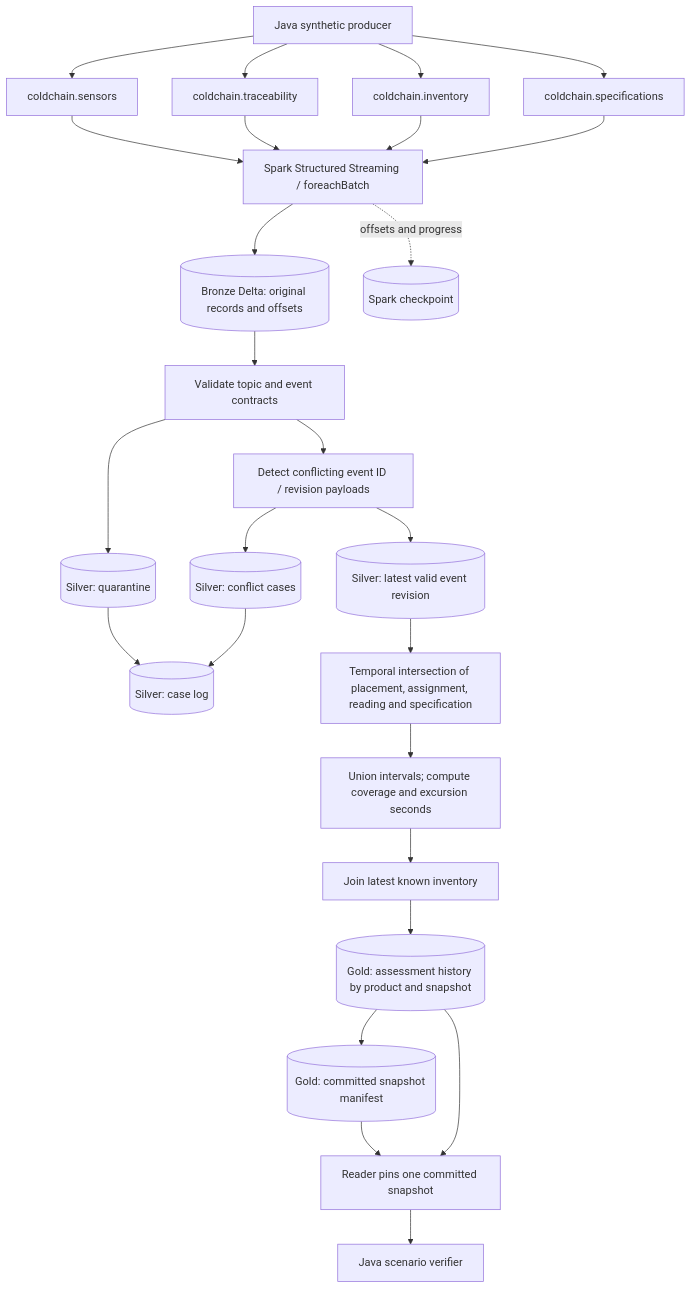
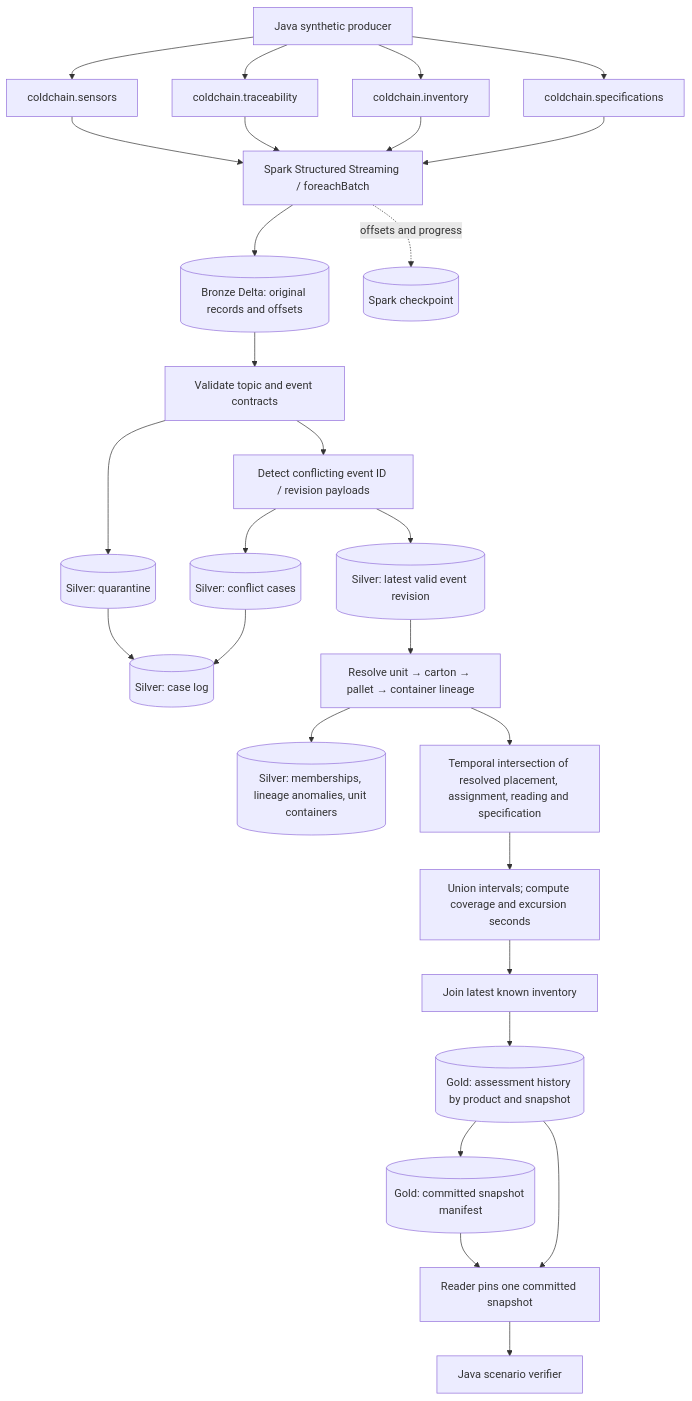
The first of 2 diagrams in docs/architecture.md (rmansoor/pharma-cold-chain), drawn with Mermaid before and after one commit. The commit also changed other lines of this file and 13 other files, not shown here.

````diff
--- a/docs/architecture.md
+++ b/docs/architecture.md
@@ -13,28 +13,30 @@
 ```mermaid
 flowchart TD
   SIM[Java synthetic producer] --> S[coldchain.sensors]
   SIM --> T[coldchain.traceability]
   SIM --> I[coldchain.inventory]
   SIM --> P[coldchain.specifications]
   S --> ING[Spark Structured Streaming / foreachBatch]
   T --> ING
   I --> ING
   P --> ING
   ING --> B[(Bronze Delta: original records and offsets)]
   B --> V[Validate topic and event contracts]
   V --> Q[(Silver: quarantine)]
   V --> C[Detect conflicting event ID / revision payloads]
   C --> CQ[(Silver: conflict cases)]
   Q --> L[(Silver: case log)]
   CQ --> L
   C --> E[(Silver: latest valid event revision)]
-  E --> J[Temporal intersection of placement, assignment, reading and specification]
+  E --> LIN[Resolve unit → carton → pallet → container lineage]
+  LIN --> LA[(Silver: memberships, lineage anomalies, unit containers)]
+  LIN --> J[Temporal intersection of resolved placement, assignment, reading and specification]
   J --> U[Union intervals; compute coverage and excursion seconds]
   U --> INV[Join latest known inventory]
   INV --> H[(Gold: assessment history by product and snapshot)]
   H --> M[(Gold: committed snapshot manifest)]
   M --> R[Reader pins one committed snapshot]
   H --> R
   R --> VERIFY[Java scenario verifier]
   ING -. offsets and progress .-> CK[(Spark checkpoint)]
 ```
````
